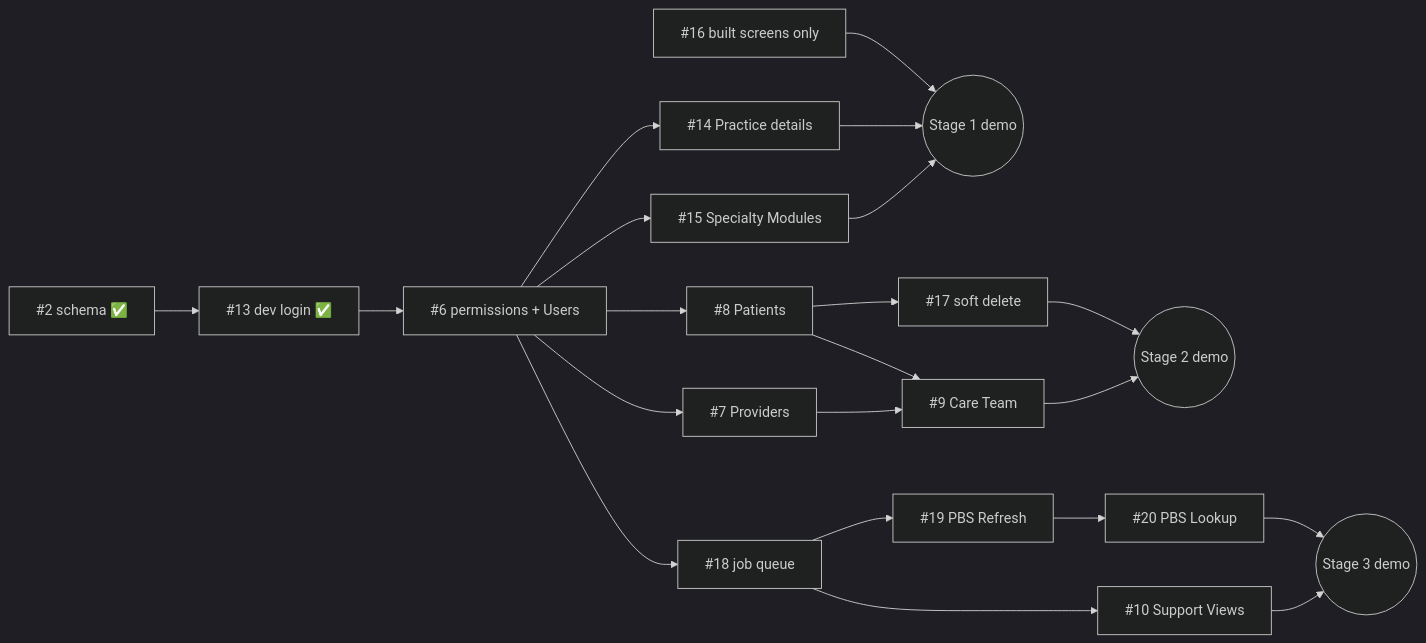
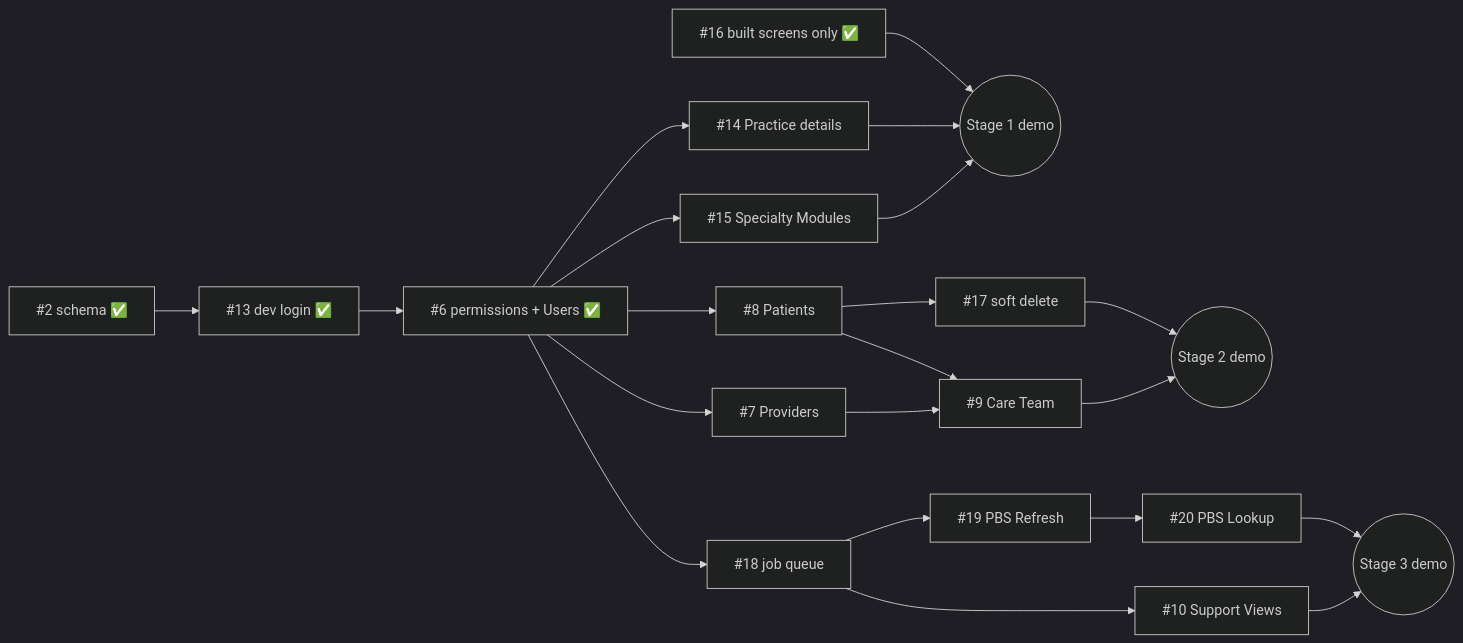
One commit to kl-a/vigil_care changed the diagram in docs/build-order.md. Above: the diagram before and after it, drawn with Mermaid (dark theme). The commit also changed other lines of this file and 46 other files, not shown here.

````diff
--- a/docs/build-order.md
+++ b/docs/build-order.md
@@ -84,20 +84,20 @@
 ```mermaid
 flowchart LR
     T2[#2 schema ✅] --> T13[#13 dev login ✅]
-    T13 --> T6[#6 permissions + Users]
+    T13 --> T6[#6 permissions + Users ✅]
     T6 --> T14[#14 Practice details]
     T6 --> T15[#15 Specialty Modules]
-    T16[#16 built screens only] --> S1((Stage 1 demo))
+    T16[#16 built screens only ✅] --> S1((Stage 1 demo))
     T14 --> S1
     T15 --> S1
     T6 --> T8[#8 Patients] --> T17[#17 soft delete]
     T6 --> T7[#7 Providers]
     T8 --> T9[#9 Care Team]
     T7 --> T9
     T17 --> S2((Stage 2 demo))
     T9 --> S2
     T6 --> T18[#18 job queue] --> T19[#19 PBS Refresh] --> T20[#20 PBS Lookup]
     T18 --> T10[#10 Support Views]
     T20 --> S3((Stage 3 demo))
     T10 --> S3
 ```
````
